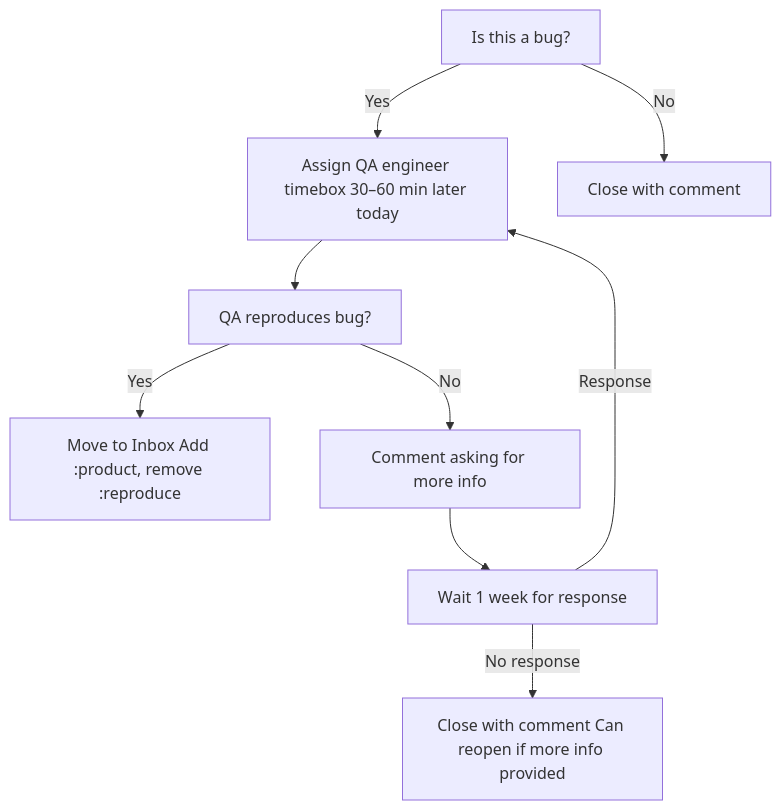
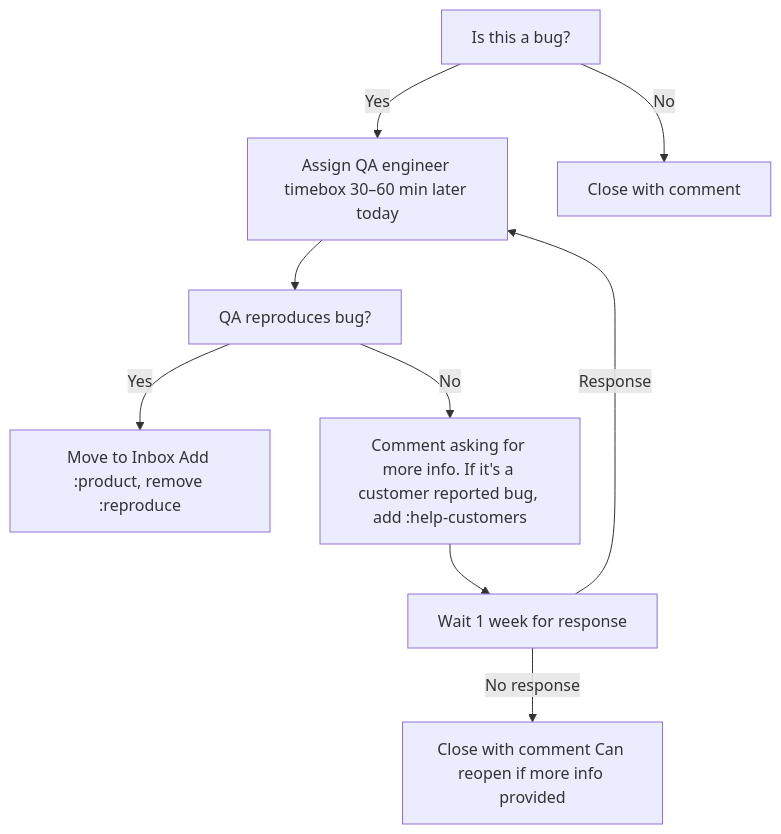
One commit to fleetdm/fleet changed the diagram in docs/Contributing/rituals/scrum.md. Above: the diagram before and after it, drawn with Mermaid.

````diff
--- a/docs/Contributing/rituals/scrum.md
+++ b/docs/Contributing/rituals/scrum.md
@@ -25,13 +25,13 @@
 ```mermaid
 flowchart TD
     A[Is this a bug?] -->|Yes| B[Assign QA engineer timebox 30–60 min later today]
     A -->|No| C[Close with comment]
 
     B --> D[QA reproduces bug?]
     D -->|Yes| E[Move to Inbox Add :product, remove :reproduce]
-    D -->|No| F[Comment asking for more info]
+    D -->|No| F[Comment asking for more info. If it's a customer reported bug, add :help-customers]
 
     F --> G[Wait 1 week for response]
     G -->|No response| H[Close with comment Can reopen if more info provided]
     G -->|Response| B
 ```
````
